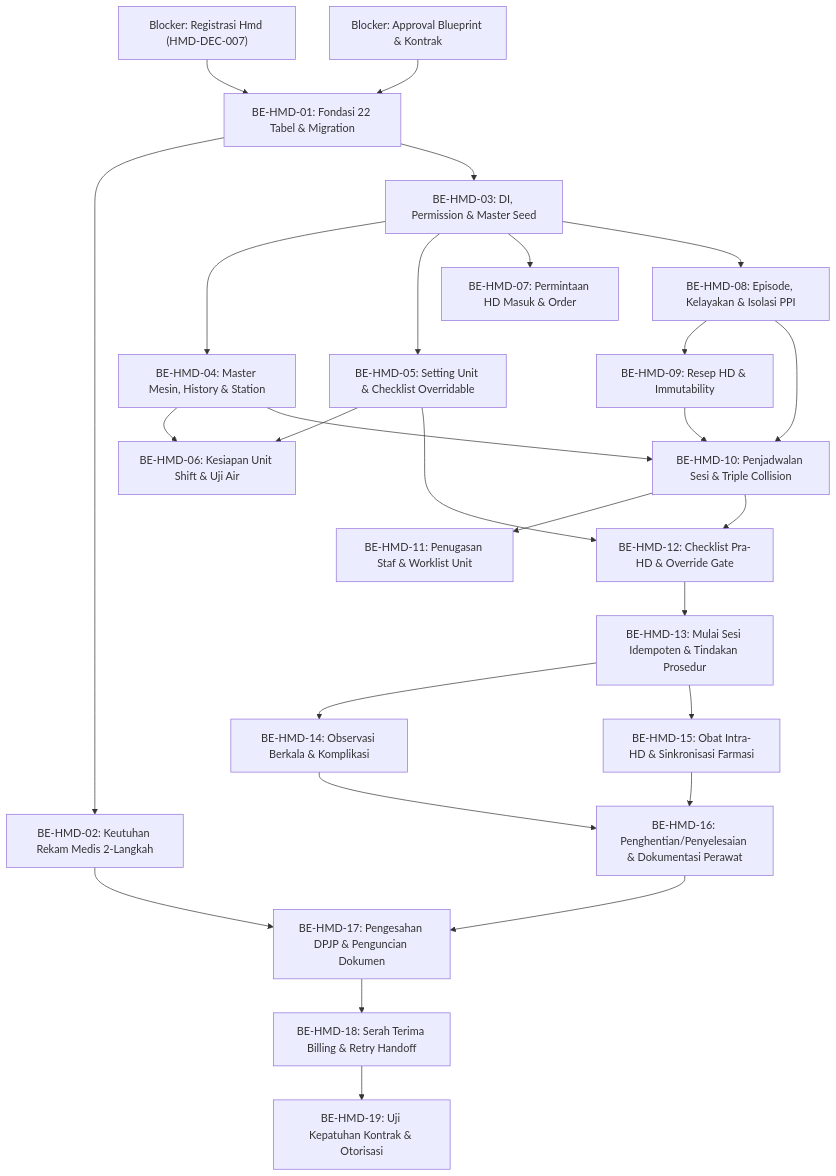
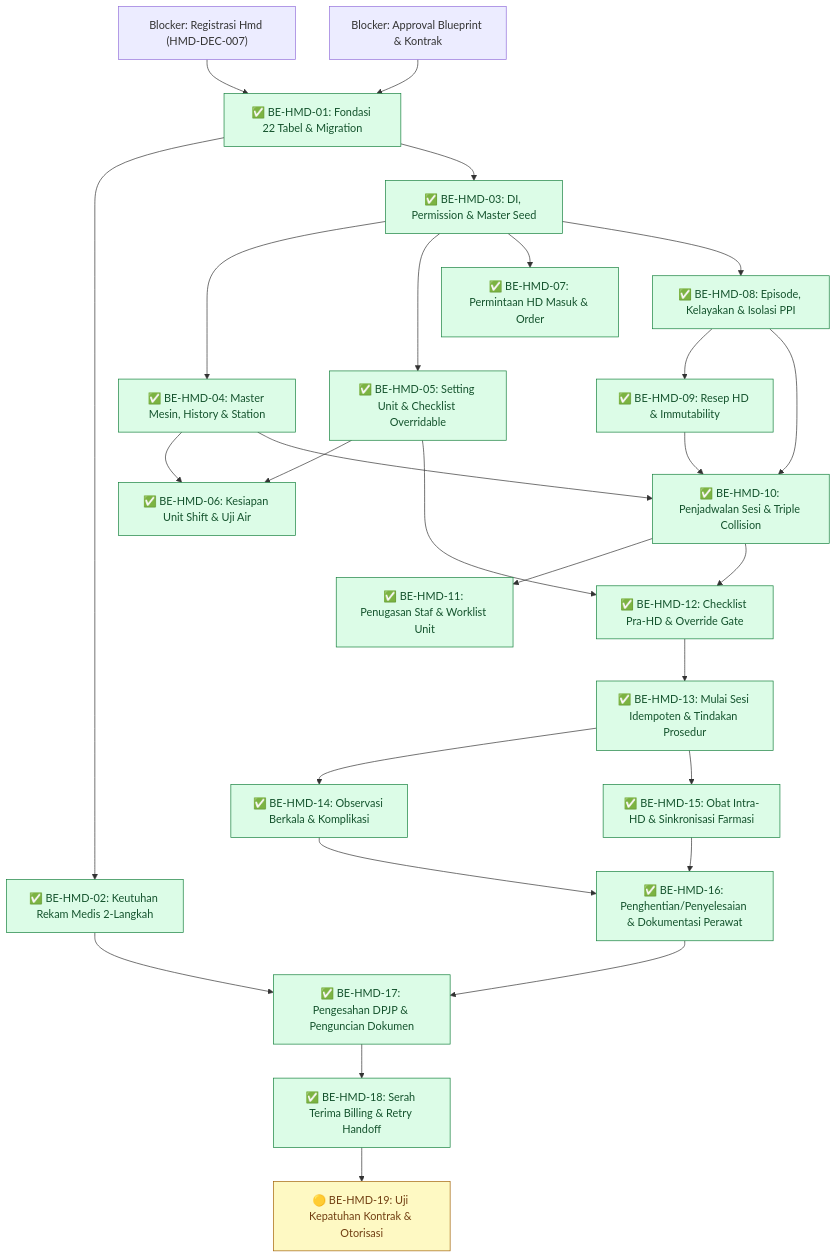
Before and after one commit to DevBenari/NewQuilvianSystemBackend: the diagram in docs/module-blueprints/hemodialisa/roadmap/backend-roadmap.md, drawn with Mermaid. The commit also changed other lines of this file and 118 other files, not shown here.

````diff
--- a/docs/module-blueprints/hemodialisa/roadmap/backend-roadmap.md
+++ b/docs/module-blueprints/hemodialisa/roadmap/backend-roadmap.md
@@ -515,31 +548,36 @@
 ```mermaid
 flowchart TD
-    REG["Blocker: Registrasi Hmd (HMD-DEC-007)"] --> BE01["BE-HMD-01: Fondasi 22 Tabel & Migration"]
+    REG["Blocker: Registrasi Hmd (HMD-DEC-007)"] --> BE01["✅ BE-HMD-01: Fondasi 22 Tabel & Migration"]
     APP["Blocker: Approval Blueprint & Kontrak"] --> BE01
 
-    BE01 --> BE02["BE-HMD-02: Keutuhan Rekam Medis 2-Langkah"]
-    BE01 --> BE03["BE-HMD-03: DI, Permission & Master Seed"]
+    BE01 --> BE02["✅ BE-HMD-02: Keutuhan Rekam Medis 2-Langkah"]
+    BE01 --> BE03["✅ BE-HMD-03: DI, Permission & Master Seed"]
 
-    BE03 --> BE04["BE-HMD-04: Master Mesin, History & Station"]
-    BE03 --> BE05["BE-HMD-05: Setting Unit & Checklist Overridable"]
-    BE04 & BE05 --> BE06["BE-HMD-06: Kesiapan Unit Shift & Uji Air"]
+    BE03 --> BE04["✅ BE-HMD-04: Master Mesin, History & Station"]
+    BE03 --> BE05["✅ BE-HMD-05: Setting Unit & Checklist Overridable"]
+    BE04 & BE05 --> BE06["✅ BE-HMD-06: Kesiapan Unit Shift & Uji Air"]
 
-    BE03 --> BE07["BE-HMD-07: Permintaan HD Masuk & Order"]
-    BE03 --> BE08["BE-HMD-08: Episode, Kelayakan & Isolasi PPI"]
-    BE08 --> BE09["BE-HMD-09: Resep HD & Immutability"]
+    BE03 --> BE07["✅ BE-HMD-07: Permintaan HD Masuk & Order"]
+    BE03 --> BE08["✅ BE-HMD-08: Episode, Kelayakan & Isolasi PPI"]
+    BE08 --> BE09["✅ BE-HMD-09: Resep HD & Immutability"]
 
-    BE04 & BE08 & BE09 --> BE10["BE-HMD-10: Penjadwalan Sesi & Triple Collision"]
-    BE10 --> BE11["BE-HMD-11: Penugasan Staf & Worklist Unit"]
+    BE04 & BE08 & BE09 --> BE10["✅ BE-HMD-10: Penjadwalan Sesi & Triple Collision"]
+    BE10 --> BE11["✅ BE-HMD-11: Penugasan Staf & Worklist Unit"]
 
-    BE05 & BE10 --> BE12["BE-HMD-12: Checklist Pra-HD & Override Gate"]
-    BE12 --> BE13["BE-HMD-13: Mulai Sesi Idempoten & Tindakan Prosedur"]
+    BE05 & BE10 --> BE12["✅ BE-HMD-12: Checklist Pra-HD & Override Gate"]
+    BE12 --> BE13["✅ BE-HMD-13: Mulai Sesi Idempoten & Tindakan Prosedur"]
 
-    BE13 --> BE14["BE-HMD-14: Observasi Berkala & Komplikasi"]
-    BE13 --> BE15["BE-HMD-15: Obat Intra-HD & Sinkronisasi Farmasi"]
+    BE13 --> BE14["✅ BE-HMD-14: Observasi Berkala & Komplikasi"]
+    BE13 --> BE15["✅ BE-HMD-15: Obat Intra-HD & Sinkronisasi Farmasi"]
 
-    BE14 & BE15 --> BE16["BE-HMD-16: Penghentian/Penyelesaian & Dokumentasi Perawat"]
-    BE02 & BE16 --> BE17["BE-HMD-17: Pengesahan DPJP & Penguncian Dokumen"]
-    BE17 --> BE18["BE-HMD-18: Serah Terima Billing & Retry Handoff"]
+    BE14 & BE15 --> BE16["✅ BE-HMD-16: Penghentian/Penyelesaian & Dokumentasi Perawat"]
+    BE02 & BE16 --> BE17["✅ BE-HMD-17: Pengesahan DPJP & Penguncian Dokumen"]
+    BE17 --> BE18["✅ BE-HMD-18: Serah Terima Billing & Retry Handoff"]
 
-    BE18 --> BE19["BE-HMD-19: Uji Kepatuhan Kontrak & Otorisasi"]
+    BE18 --> BE19["🟡 BE-HMD-19: Uji Kepatuhan Kontrak & Otorisasi"]
+
+    classDef selesai fill:#dcfce7,stroke:#15803d,color:#14532d
+    classDef sebagian fill:#fef9c3,stroke:#a16207,color:#713f12
+    class BE01,BE02,BE03,BE04,BE05,BE06,BE07,BE08,BE09,BE10,BE11,BE12,BE13,BE14,BE15,BE16,BE17,BE18 selesai
+    class BE19 sebagian
 ```
````
